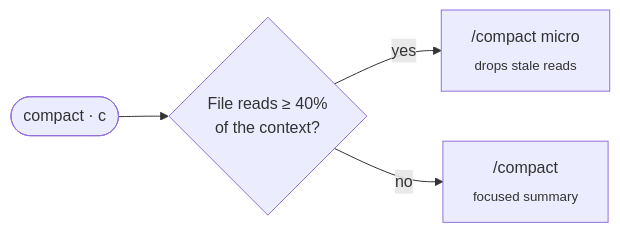
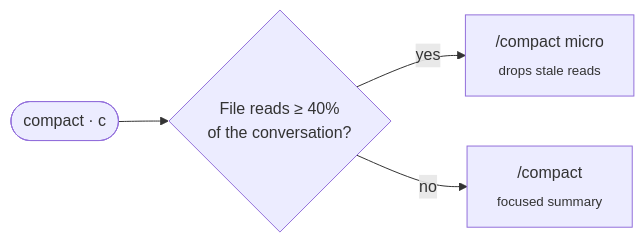
The diagram in README.md (edsoncantuaria/cc-cost), drawn with Mermaid before and after one commit. The commit also changed other lines of this file and 7 other files, not shown here.

````diff
--- a/README.md
+++ b/README.md
@@ -75,6 +75,6 @@
 ```mermaid
 flowchart LR
-    A([compact · c]) --> B{File reads ≥ 40%<br>of the context?}
+    A([compact · c]) --> B{File reads ≥ 40%<br>of the conversation?}
     B -- yes --> C["/compact micro<br><sub>drops stale reads</sub>"]
     B -- no --> D["/compact<br><sub>focused summary</sub>"]
 ```
````
